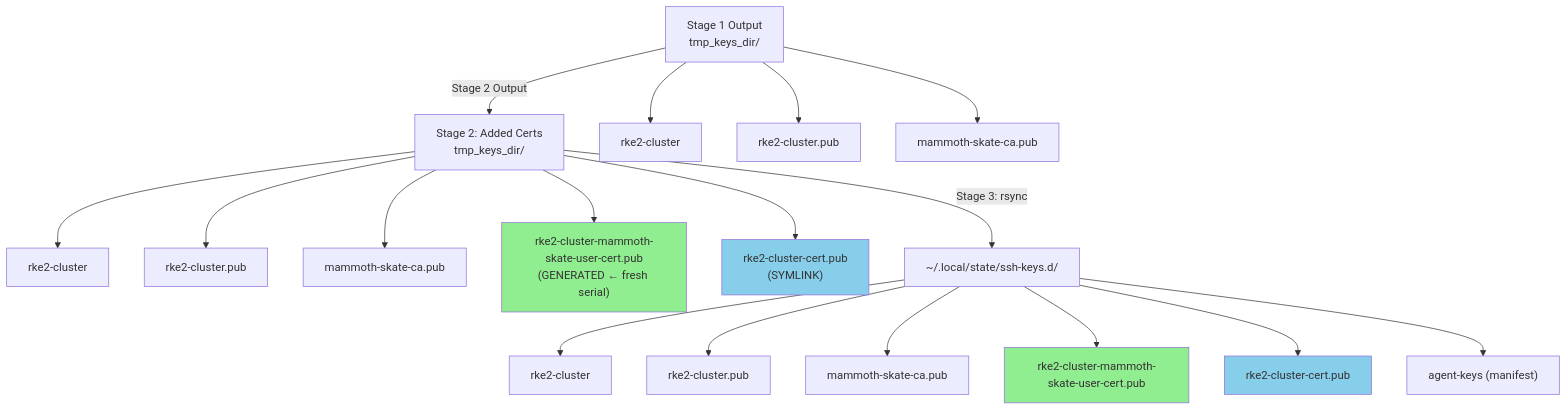
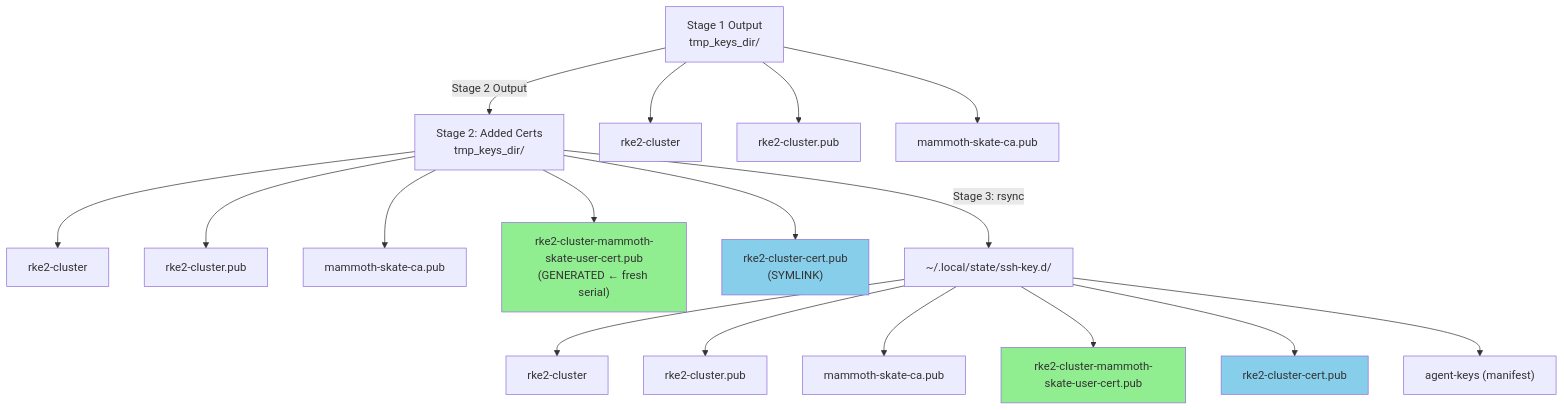
The seventh of 7 diagrams in docs/ssh-keys-diagrams.adoc (seedmatic/ndh), drawn with Mermaid before and after one commit. The commit also changed other lines of this file and 4 other files, not shown here.

First line of the commit message:
refactor: update remaining ssh-keys.d references to ssh-key.d

```diff
--- a/docs/ssh-keys-diagrams.adoc
+++ b/docs/ssh-keys-diagrams.adoc
@@ -222,28 +222,28 @@
 [mermaid]
 ----
 graph TD
     A["Stage 1 Output<br/>tmp_keys_dir/"] -->|Stage 2 Output| B["Stage 2: Added Certs<br/>tmp_keys_dir/"]
     
     A --> A1["rke2-cluster"]
     A --> A2["rke2-cluster.pub"]
     A --> A3["mammoth-skate-ca.pub"]
     
     B --> B1["rke2-cluster"]
     B --> B2["rke2-cluster.pub"]
     B --> B3["mammoth-skate-ca.pub"]
     B --> B4["rke2-cluster-mammoth-skate-user-cert.pub<br/>(GENERATED ← fresh serial)"]
     B --> B5["rke2-cluster-cert.pub<br/>(SYMLINK)"]
     
-    B -->|Stage 3: rsync| C["~/.local/state/ssh-keys.d/"]
+    B -->|Stage 3: rsync| C["~/.local/state/ssh-key.d/"]
     C --> C1["rke2-cluster"]
     C --> C2["rke2-cluster.pub"]
     C --> C3["mammoth-skate-ca.pub"]
     C --> C4["rke2-cluster-mammoth-skate-user-cert.pub"]
     C --> C5["rke2-cluster-cert.pub"]
     C --> C6["agent-keys (manifest)"]
     
     style B4 fill:#90EE90
     style B5 fill:#87CEEB
     style C4 fill:#90EE90
     style C5 fill:#87CEEB
 ----
```
